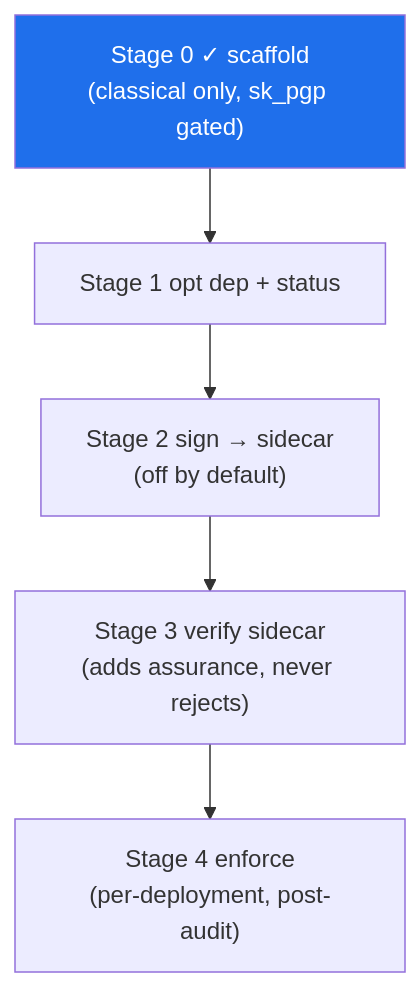
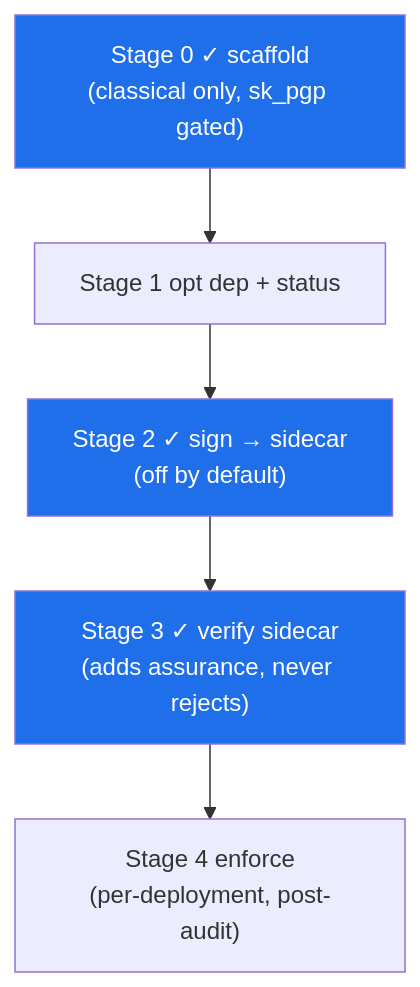
The third of 3 diagrams in docs/PQC_MIGRATION.md (smilinTux/cloud9), drawn with Mermaid before and after one commit. The commit also changed other lines of this file and 4 other files, not shown here.

````diff
--- a/docs/PQC_MIGRATION.md
+++ b/docs/PQC_MIGRATION.md
@@ -191,9 +225,9 @@
 ```mermaid
 flowchart TD
     S0["Stage 0 ✓ scaffold<br/>(classical only, sk_pgp gated)"] --> S1["Stage 1 opt dep + status"]
-    S1 --> S2["Stage 2 sign → sidecar<br/>(off by default)"]
-    S2 --> S3["Stage 3 verify sidecar<br/>(adds assurance, never rejects)"]
+    S1 --> S2["Stage 2 ✓ sign → sidecar<br/>(off by default)"]
+    S2 --> S3["Stage 3 ✓ verify sidecar<br/>(adds assurance, never rejects)"]
     S3 --> S4["Stage 4 enforce<br/>(per-deployment, post-audit)"]
     classDef done fill:#1f6feb,color:#fff;
-    class S0 done;
+    class S0,S2,S3 done;
 ```
````
